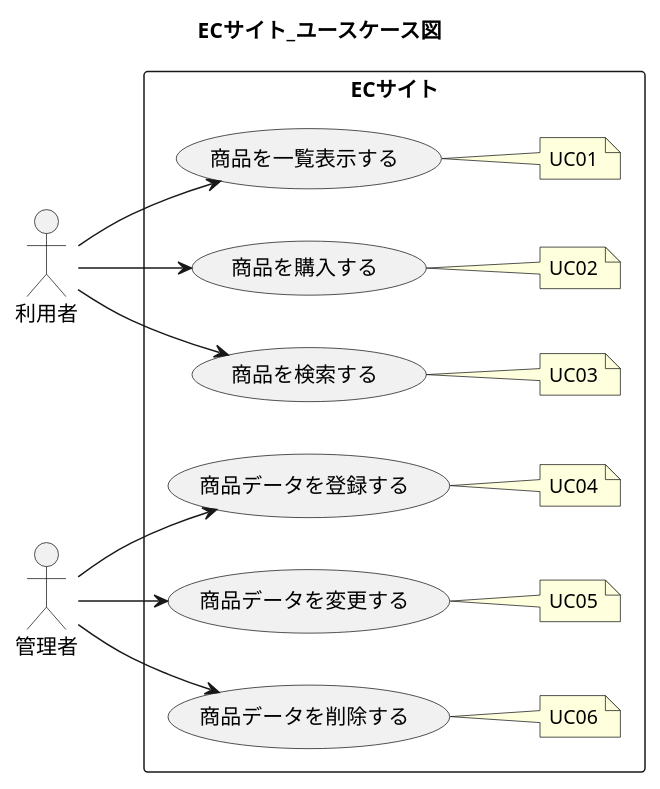
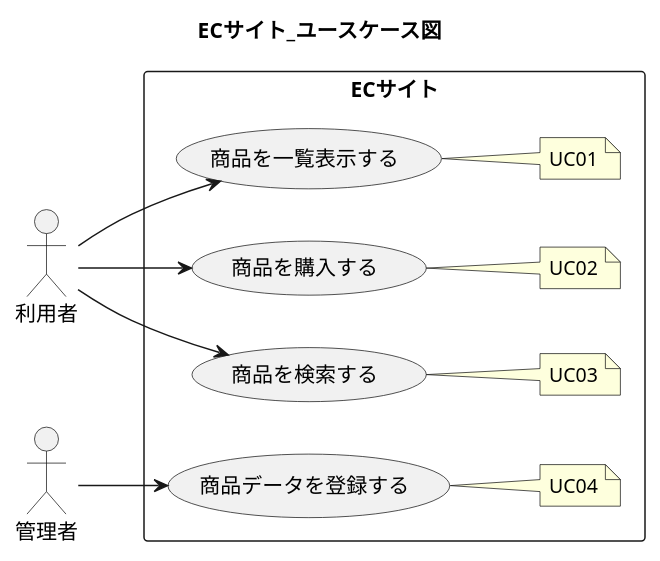
One commit to wnakayama/ojt_ecsite changed the diagram in UseCase/UseCase_Diagram.puml. Above: the diagram before and after it, drawn with PlantUML. The commit also changed 3 other files, not shown here.

Commit message:
ユースケース図、画面遷移図を修正

```diff
--- a/UseCase/UseCase_Diagram.puml
+++ b/UseCase/UseCase_Diagram.puml
@@ -1,50 +1,38 @@
 @startuml
 
 title ECサイト_ユースケース図
 :利用者: as user
 :管理者: as admin
 
 rectangle ECサイト {
 
     (商品を一覧表示する) as (showProduct)
     (商品を購入する) as (buyProduct)
     (商品を検索する) as (searchProduct)
     (商品データを登録する) as (createProductData)
-    (商品データを変更する) as (updateProductData)
-    (商品データを削除する) as (deleteProductData)
 
     left to right direction
     user --> showProduct
     user --> buyProduct
     user --> searchProduct
     admin --> createProductData
-    admin --> updateProductData
-    admin --> deleteProductData
 
 
     note right of showProduct
     UC01
     end note
 
     note right of buyProduct
     UC02
     end note
 
     note right of searchProduct
     UC03
     end note
 
     note right of createProductData
     UC04
     end note
 
-    note right of updateProductData
-    UC05
-    end note
-    
-    note right of deleteProductData
-    UC06
-    end note
-
 }
 @enduml
```
